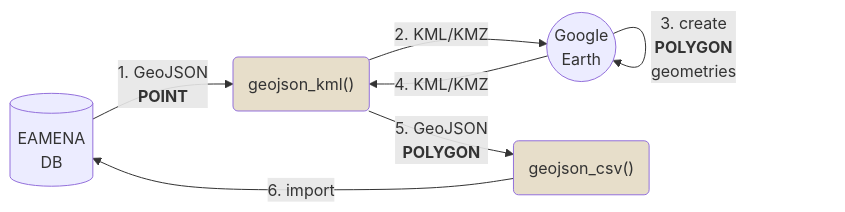
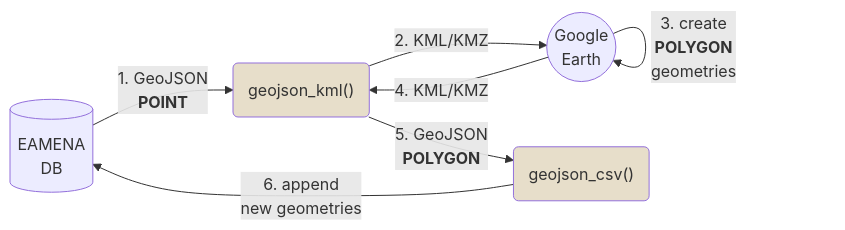
One commit to eamena-project/eamenaR changed the second of 3 diagrams in README.md. Above: the diagram before and after it, drawn with Mermaid.

Commit message:
mermaids

````diff
--- a/README.md
+++ b/README.md
@@ -109,10 +109,10 @@
 ```mermaid
 flowchart LR
     A[(EAMENA<br>DB)] --1. GeoJSON<br><b>POINT</b>--> C("geojson_kml()"):::eamenaRfunction;
     C --2. KML/KMZ--> B((Google<br>Earth));
     B --3. create<br><b>POLYGON</b><br>geometries--> B;
     B --4. KML/KMZ--> C;
     C --5. GeoJSON<br><b>POLYGON</b>--> D("geojson_csv()"):::eamenaRfunction;
-    D --6. import--> A;
+    D --6. append<br>new geometries--> A;
     classDef eamenaRfunction fill:#e7deca;
 ```
````
